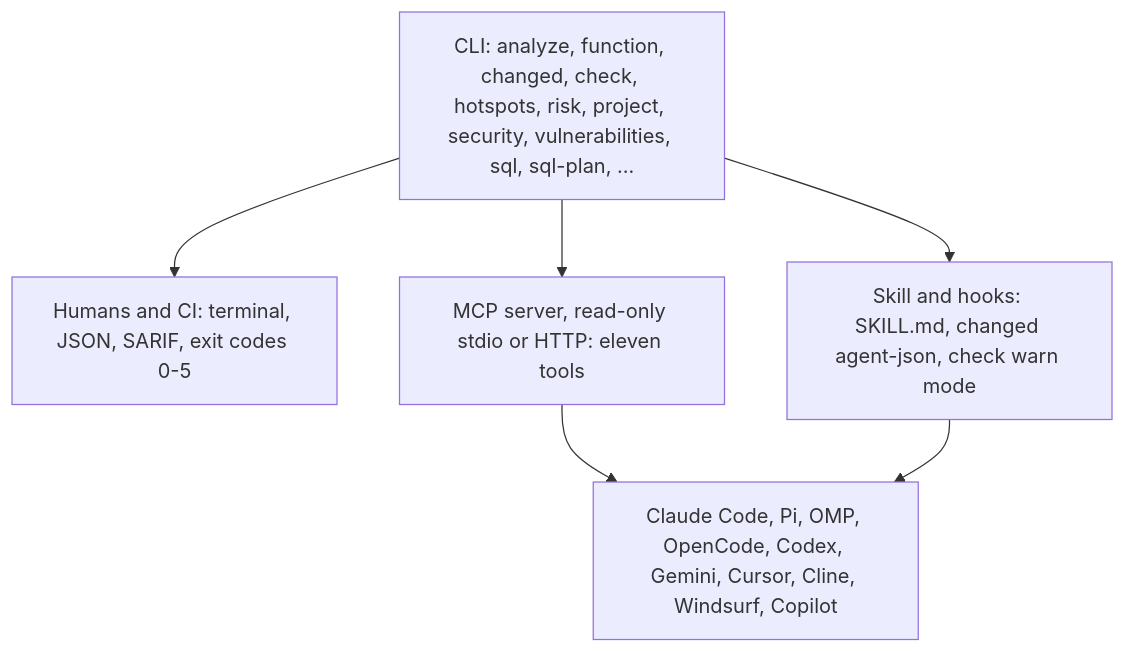
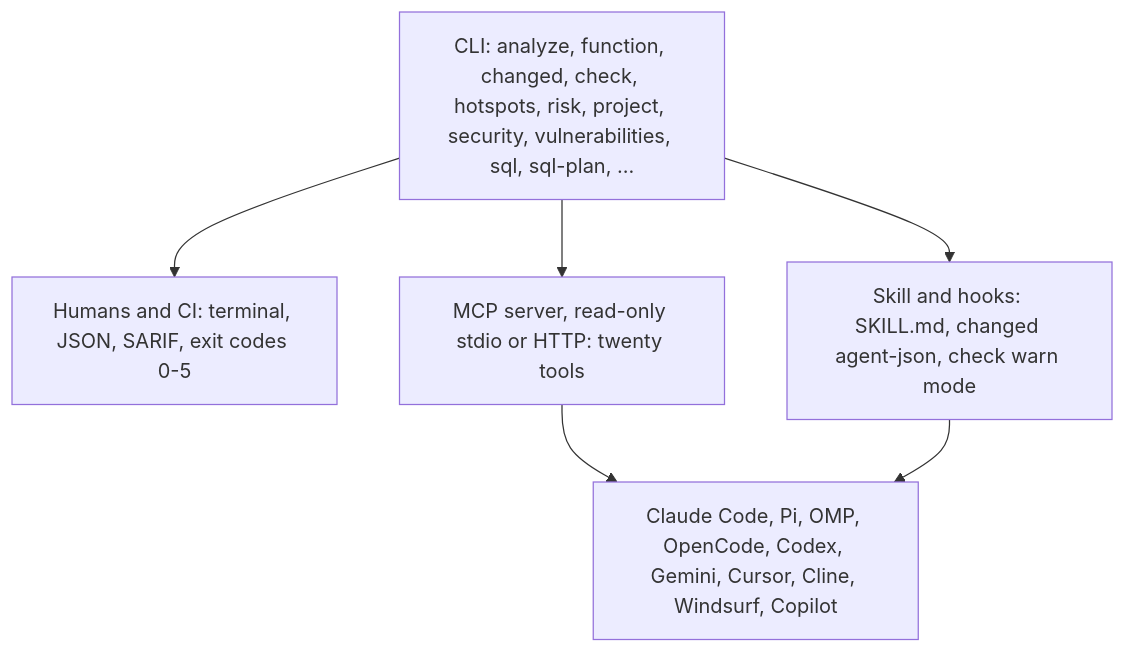
The second of 3 diagrams in README.md (jbt95/leadline), drawn with Mermaid before and after one commit. The commit also changed other lines of this file and 9 other files, not shown here.

Commit message:
feat(mcp): expose repository analytics tools

````diff
--- a/README.md
+++ b/README.md
@@ -105,9 +105,9 @@
 ```mermaid
 flowchart TD
     CLI["CLI: analyze, function, changed, check, hotspots, risk, project, security, vulnerabilities, sql, sql-plan, ..."]
     CLI --> Human["Humans and CI: terminal, JSON, SARIF, exit codes 0-5"]
-    CLI --> MCP["MCP server, read-only stdio or HTTP: eleven tools"]
+    CLI --> MCP["MCP server, read-only stdio or HTTP: twenty tools"]
     MCP --> Harnesses["Claude Code, Pi, OMP, OpenCode, Codex, Gemini, Cursor, Cline, Windsurf, Copilot"]
     CLI --> Skill["Skill and hooks: SKILL.md, changed agent-json, check warn mode"]
     Skill --> Harnesses
 ```
````
